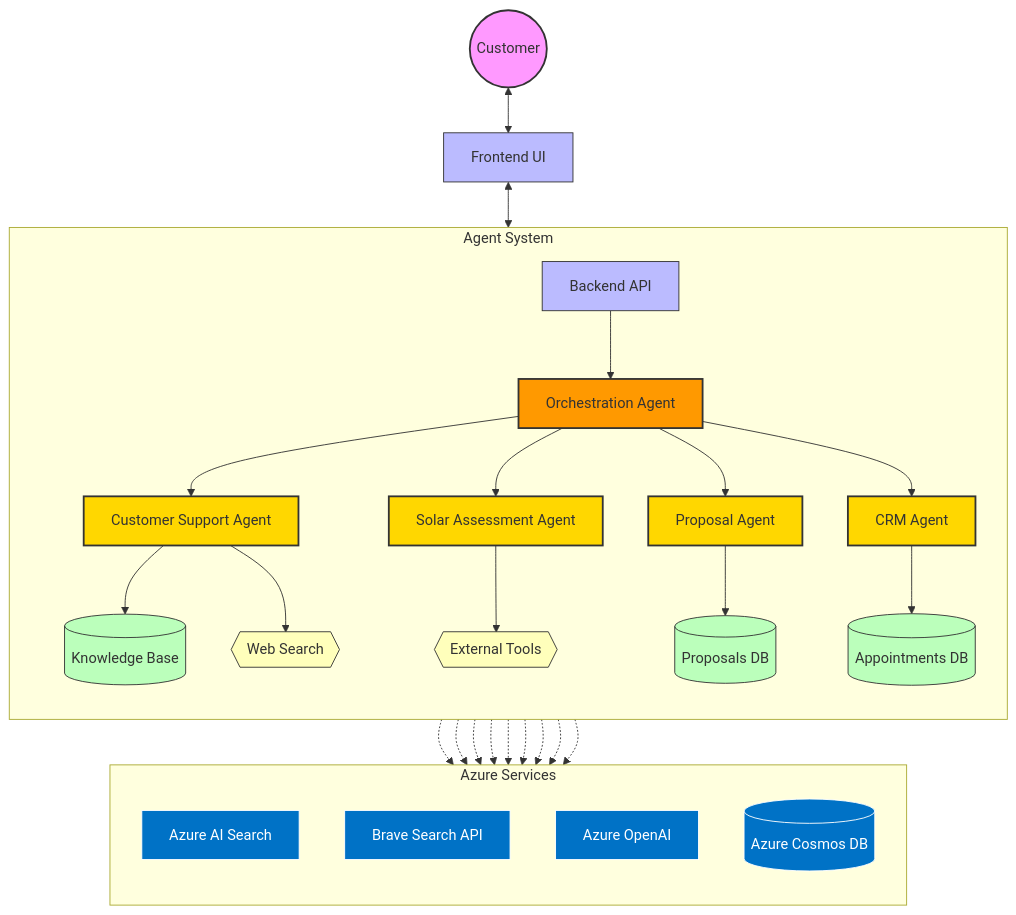
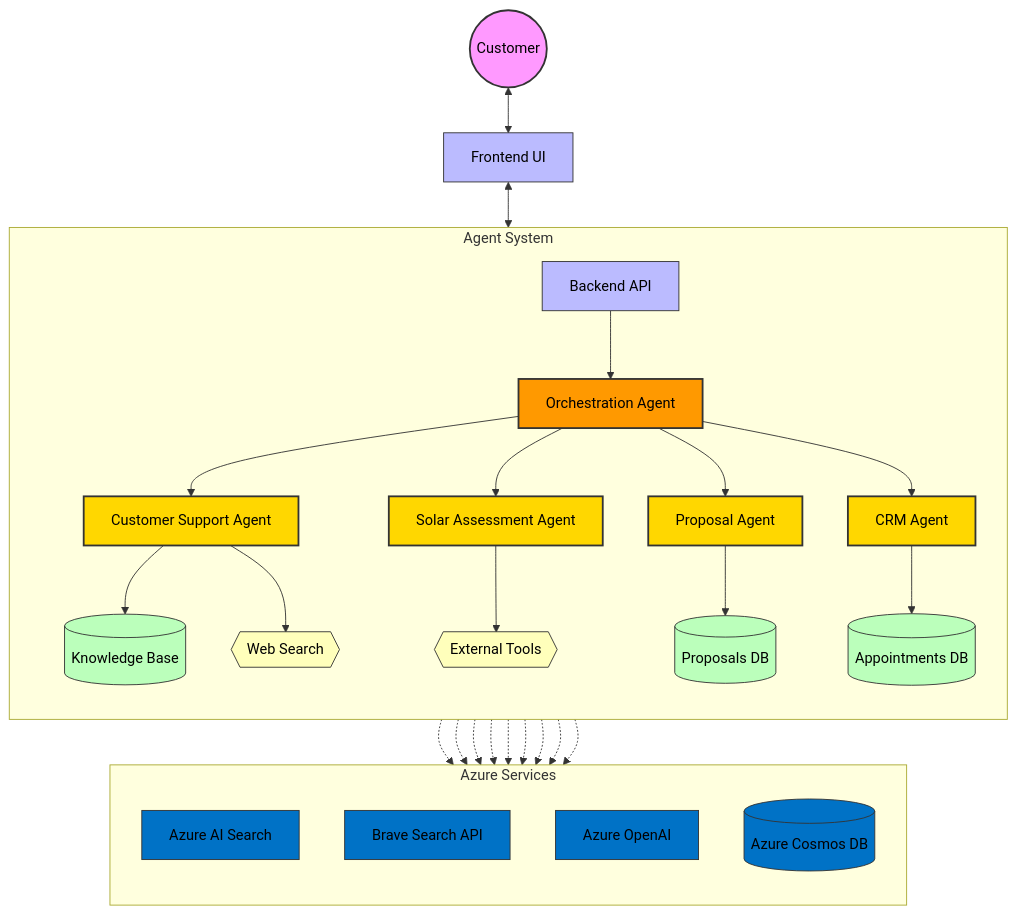
Before and after one commit to JoshuaLevi/DemoSolar: the diagram in README.md, drawn with Mermaid.

````diff
--- a/README.md
+++ b/README.md
@@ -16,48 +16,48 @@
 ```mermaid
 flowchart TB
     User((Customer)) <--> FrontendUI[Frontend UI]
     FrontendUI <--> BackendAPI[Backend API]
     
     subgraph "Agent System"
         direction TB
         BackendAPI --> Orchestrator
         
         Orchestrator[Orchestration Agent]
         
         Orchestrator --> SupportAgent[Customer Support Agent]
         Orchestrator --> AssessmentAgent[Solar Assessment Agent]
         Orchestrator --> ProposalAgent[Proposal Agent]
         Orchestrator --> CRMAgent[CRM Agent]
         
         SupportAgent --> KnowledgeBase[(Knowledge Base)]
         SupportAgent --> WebSearch{{Web Search}}
         AssessmentAgent --> Tools{{External Tools}}
         ProposalAgent --> Proposals[(Proposals DB)]
         CRMAgent --> Appointments[(Appointments DB)]
     end
     
     subgraph "Azure Services"
         direction TB
         KnowledgeBase -.-> AzureSearch[Azure AI Search]
         WebSearch -.-> BraveAPI[Brave Search API]
         Orchestrator & SupportAgent & AssessmentAgent & ProposalAgent & CRMAgent -.-> AzureOpenAI[Azure OpenAI]
         Proposals & Appointments -.-> CosmosDB[(Azure Cosmos DB)]
     end
     
     %% Styling
-    classDef user fill:#f9f,stroke:#333,stroke-width:2px
-    classDef frontend fill:#bbf,stroke:#333,stroke-width:1px
-    classDef agent fill:#ffd700,stroke:#333,stroke-width:2px
-    classDef primaryAgent fill:#ff9900,stroke:#333,stroke-width:2px
-    classDef database fill:#bfb,stroke:#333,stroke-width:1px
-    classDef azure fill:#0072C6,stroke:#fff,stroke-width:1px,color:#fff
-    classDef tool fill:#ffb,stroke:#333,stroke-width:1px
+    classDef user fill:#f9f,stroke:#333,stroke-width:2px,color:#000
+    classDef frontend fill:#bbf,stroke:#333,stroke-width:1px,color:#000
+    classDef agent fill:#ffd700,stroke:#333,stroke-width:2px,color:#000
+    classDef primaryAgent fill:#ff9900,stroke:#333,stroke-width:2px,color:#000
+    classDef database fill:#bfb,stroke:#333,stroke-width:1px,color:#000
+    classDef azure fill:#0072C6,stroke:#333,stroke-width:1px,color:#000
+    classDef tool fill:#ffb,stroke:#333,stroke-width:1px,color:#000
     
     class User user
     class FrontendUI,BackendAPI frontend
     class Orchestrator primaryAgent
     class SupportAgent,AssessmentAgent,ProposalAgent,CRMAgent agent
     class KnowledgeBase,Proposals,Appointments database
     class AzureSearch,AzureOpenAI,CosmosDB,BraveAPI azure
     class WebSearch,Tools tool
 ```
````
